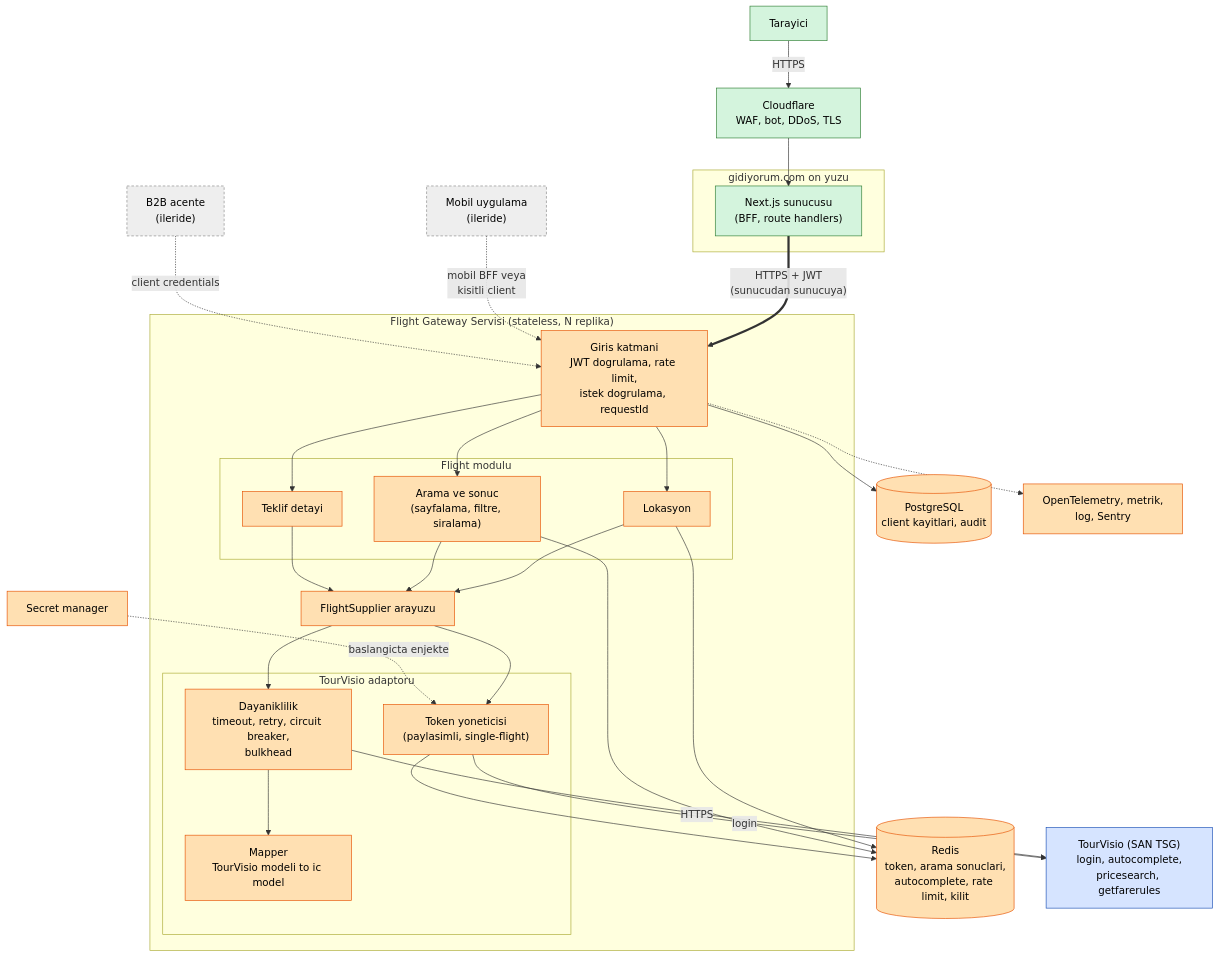
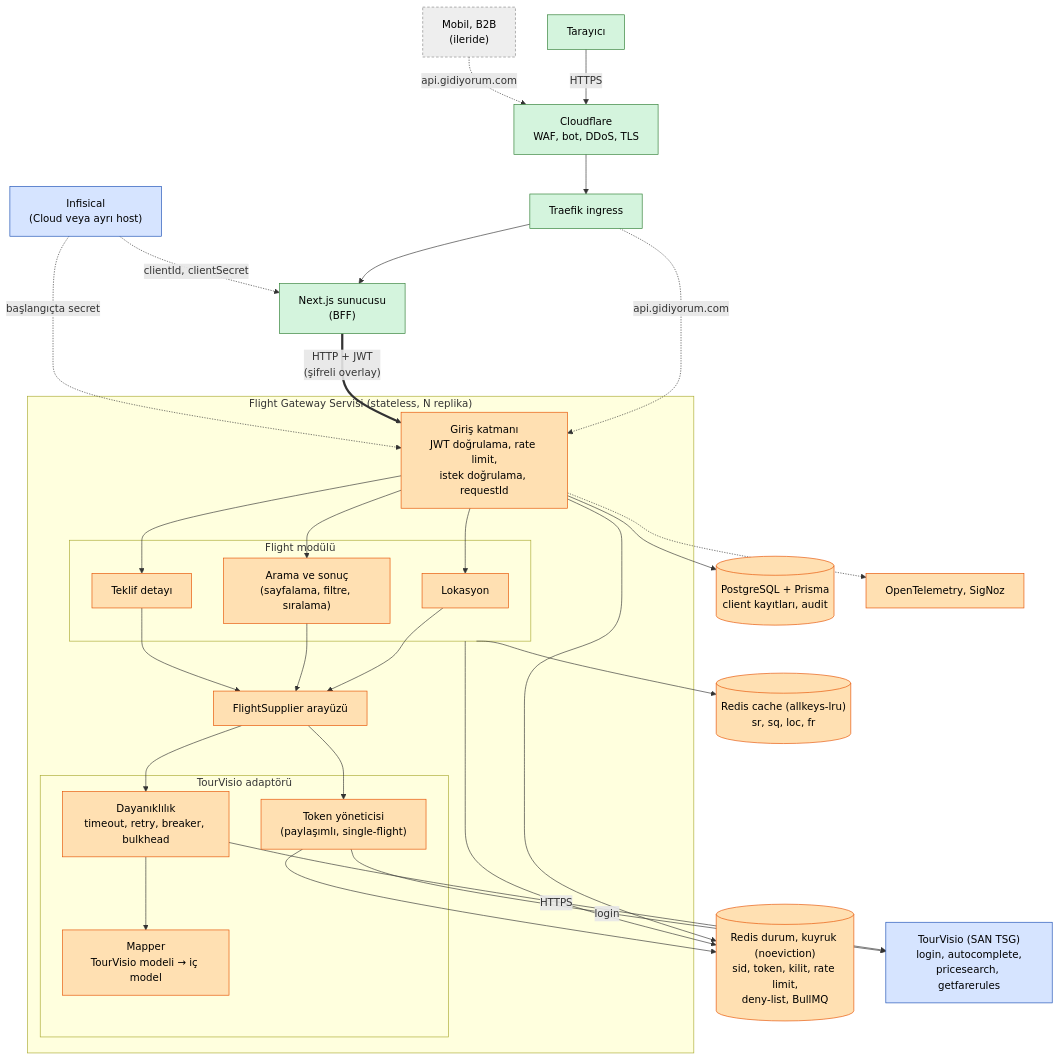
Before and after one commit to cihantaylan/tourvisio-mimari-plan: the diagram in docs/diagrams/01-mimari.mmd, drawn with Mermaid. The commit also changed 41 other files, not shown here.

```diff
--- a/docs/diagrams/01-mimari.mmd
+++ b/docs/diagrams/01-mimari.mmd
@@ -1,62 +1,49 @@
 flowchart TB
-    BR["Tarayici"]
-    MOB["Mobil uygulama<br/>(ileride)"]
-    B2B["B2B acente<br/>(ileride)"]
-    CF["Cloudflare<br/>WAF, bot, DDoS, TLS"]
-
-    subgraph FE["gidiyorum.com on yuzu"]
-      NX["Next.js sunucusu<br/>(BFF, route handlers)"]
-    end
-
+    BR["Tarayıcı"]:::pub
+    MOB["Mobil, B2B<br/>(ileride)"]:::fut
+    CF["Cloudflare<br/>WAF, bot, DDoS, TLS"]:::pub
+    TRF["Traefik ingress"]:::pub
+    NX["Next.js sunucusu<br/>(BFF)"]:::pub
+    SEC["Infisical<br/>(Cloud veya ayrı host)"]:::ext
     subgraph SVC["Flight Gateway Servisi (stateless, N replika)"]
-      GWY["Giris katmani<br/>JWT dogrulama, rate limit,<br/>istek dogrulama, requestId"]
-      subgraph FM["Flight modulu"]
-        LOC["Lokasyon"]
-        SRCH["Arama ve sonuc<br/>(sayfalama, filtre, siralama)"]
-        OFR["Teklif detayi"]
+      GWY["Giriş katmanı<br/>JWT doğrulama, rate limit,<br/>istek doğrulama, requestId"]:::inner
+      subgraph FM["Flight modülü"]
+        LOC["Lokasyon"]:::inner
+        SRCH["Arama ve sonuç<br/>(sayfalama, filtre, sıralama)"]:::inner
+        OFR["Teklif detayı"]:::inner
       end
-      PORT["FlightSupplier arayuzu"]
-      subgraph TVA["TourVisio adaptoru"]
-        TKN["Token yoneticisi<br/>(paylasimli, single-flight)"]
-        RES["Dayaniklilik<br/>timeout, retry, circuit breaker,<br/>bulkhead"]
-        MAP["Mapper<br/>TourVisio modeli to ic model"]
+      PORT["FlightSupplier arayüzü"]:::inner
+      subgraph TVA["TourVisio adaptörü"]
+        TKN["Token yöneticisi<br/>(paylaşımlı, single-flight)"]:::inner
+        RES["Dayanıklılık<br/>timeout, retry, breaker, bulkhead"]:::inner
+        MAP["Mapper<br/>TourVisio modeli → iç model"]:::inner
       end
     end
-
-    RD[("Redis<br/>token, arama sonuclari,<br/>autocomplete, rate limit, kilit")]
-    PG[("PostgreSQL<br/>client kayitlari, audit")]
-    OBS["OpenTelemetry, metrik,<br/>log, Sentry"]
-    SEC["Secret manager"]
-    TV["TourVisio (SAN TSG)<br/>login, autocomplete,<br/>pricesearch, getfarerules"]
-
+    RDC[("Redis cache (allkeys-lru)<br/>sr, sq, loc, fr")]:::inner
+    RDS[("Redis durum, kuyruk (noeviction)<br/>sid, token, kilit, rate limit,<br/>deny-list, BullMQ")]:::inner
+    PG[("PostgreSQL + Prisma<br/>client kayıtları, audit")]:::inner
+    OBS["OpenTelemetry, SigNoz"]:::inner
+    TV["TourVisio (SAN TSG)<br/>login, autocomplete,<br/>pricesearch, getfarerules"]:::ext
     BR -->|"HTTPS"| CF
-    CF --> NX
-    NX ==>|"HTTPS + JWT<br/>(sunucudan sunucuya)"| GWY
-    MOB -.->|"mobil BFF veya<br/>kisitli client"| GWY
-    B2B -.->|"client credentials"| GWY
-    GWY --> LOC
-    GWY --> SRCH
-    GWY --> OFR
-    LOC --> PORT
-    SRCH --> PORT
-    OFR --> PORT
-    PORT --> TKN
-    PORT --> RES
+    MOB -.->|"api.gidiyorum.com"| CF
+    CF --> TRF --> NX
+    TRF -.->|"api.gidiyorum.com"| GWY
+    NX ==>|"HTTP + JWT<br/>(şifreli overlay)"| GWY
+    SEC -.->|"clientId, clientSecret"| NX
+    SEC -.->|"başlangıçta secret"| GWY
+    GWY --> LOC & SRCH & OFR
+    LOC & SRCH & OFR --> PORT
+    PORT --> TKN & RES
     RES --> MAP
     RES -->|"HTTPS"| TV
     TKN -->|"login"| TV
-    LOC --> RD
-    SRCH --> RD
-    TKN --> RD
+    FM --> RDC
+    FM --> RDS
+    TKN --> RDS
+    GWY --> RDS
     GWY --> PG
     GWY -.-> OBS
-    SEC -.->|"baslangicta enjekte"| TKN
-
     classDef pub fill:#d4f4dd,stroke:#2e7d32,color:#000
     classDef inner fill:#ffe0b2,stroke:#e65100,color:#000
     classDef ext fill:#d6e4ff,stroke:#1a4fb4,color:#000
-    class BR,CF,NX pub
     classDef fut fill:#eeeeee,stroke:#888,stroke-dasharray:4 3,color:#000
-    class MOB,B2B fut
-    class GWY,LOC,SRCH,OFR,PORT,TKN,RES,MAP,RD,PG,OBS,SEC inner
-    class TV ext
```
